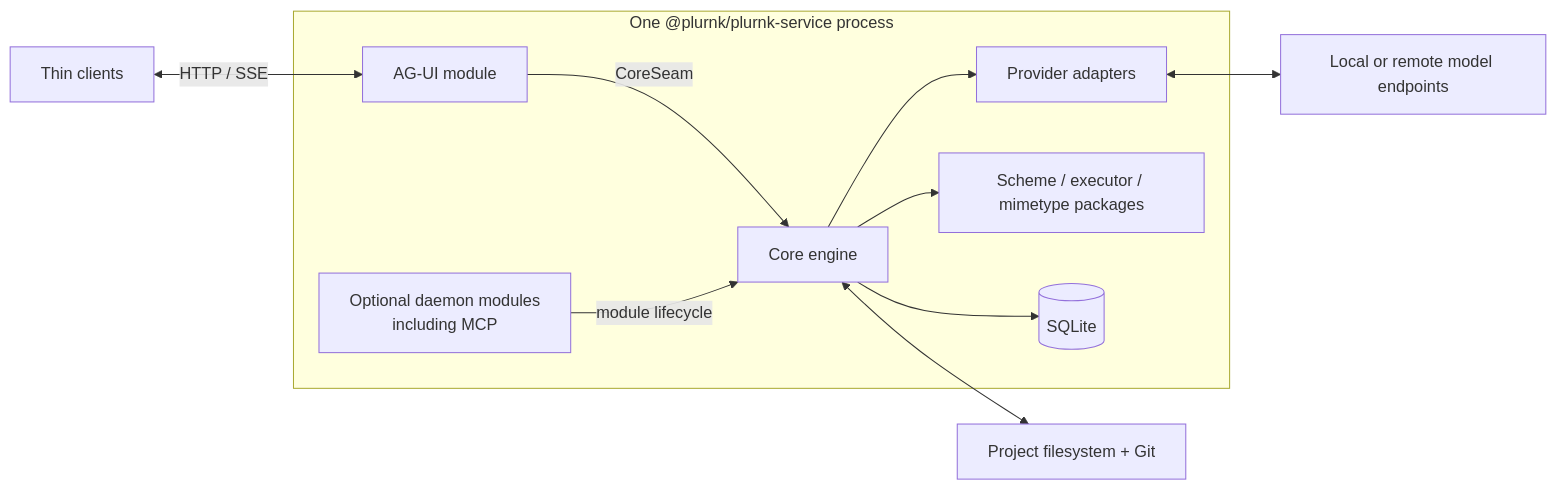
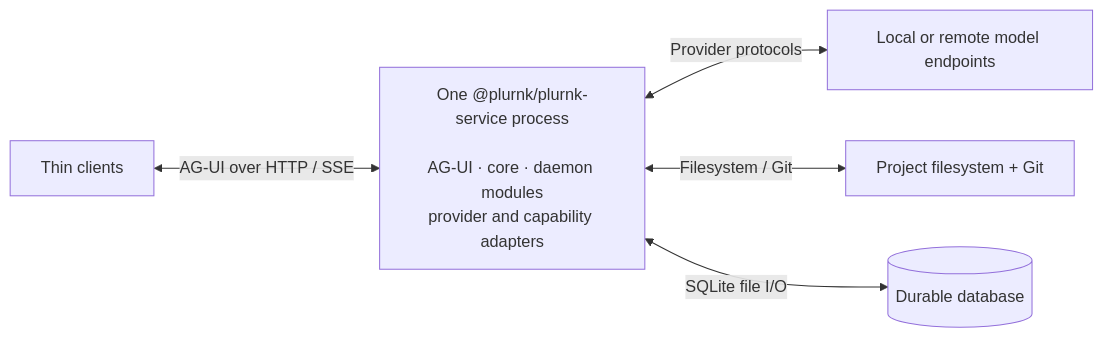
The third of 4 diagrams in ARCHITECTURE.md (plurnk/plurnk-service), drawn with Mermaid before and after one commit.

Commit message:
docs: repair process boundary diagram (#26)

````diff
--- a/ARCHITECTURE.md
+++ b/ARCHITECTURE.md
@@ -73,21 +73,7 @@
 ```mermaid
 flowchart LR
-    subgraph daemon[One @plurnk/plurnk-service process]
-        agui["AG-UI module"]
-        core["Core engine"]
-        modules["Optional daemon modules<br/>including MCP"]
-        providers["Provider adapters"]
-        capabilities["Scheme / executor / mimetype packages"]
-        sqlite[(SQLite)]
-
-        agui -->|CoreSeam| core
-        modules -->|module lifecycle| core
-        core --> providers
-        core --> capabilities
-        core --> sqlite
-    end
-
-    clients["Thin clients"] <-->|HTTP / SSE| agui
-    providers <--> endpoints["Local or remote model endpoints"]
-    core <--> project["Project filesystem + Git"]
+    clients["Thin clients"] <-->|AG-UI over HTTP / SSE| daemon["One @plurnk/plurnk-service process<br/><br/>AG-UI · core · daemon modules<br/>provider and capability adapters"]
+    daemon <-->|Provider protocols| endpoints["Local or remote model endpoints"]
+    daemon <-->|Filesystem / Git| project["Project filesystem + Git"]
+    daemon <-->|SQLite file I/O| database[(Durable database)]
 ```
````
